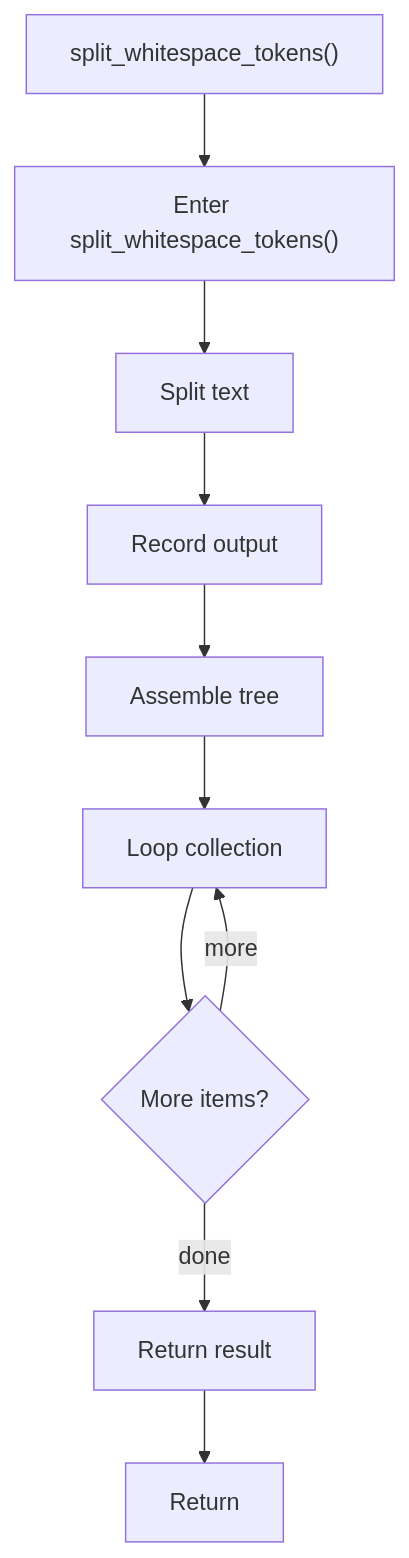
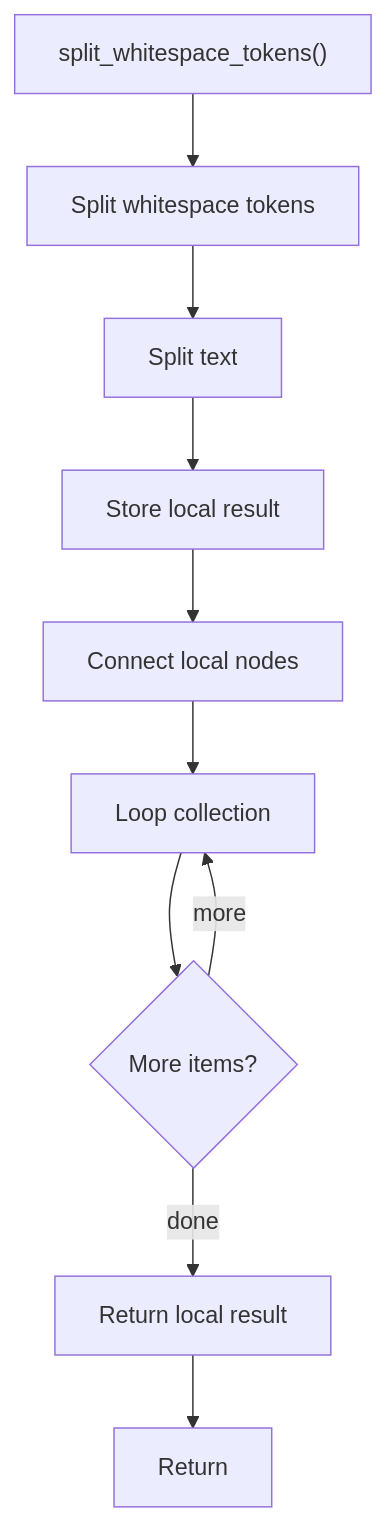
Before and after one commit to JohnAndrewBalbarosa/NeoTerritory: the fourth of 6 diagrams in docs/Codebase/Microservice/Modules/Source/Analysis/Input/cli_arguments.cpp.md, drawn with Mermaid. The commit also changed other lines of this file and 925 other files, not shown here.

````diff
--- a/docs/Codebase/Microservice/Modules/Source/Analysis/Input/cli_arguments.cpp.md
+++ b/docs/Codebase/Microservice/Modules/Source/Analysis/Input/cli_arguments.cpp.md
@@ -125,21 +124,21 @@
 ```mermaid
 flowchart TD
     Start["split_whitespace_tokens()"]
-    N0["Enter split_whitespace_tokens()"]
+    N0["Split whitespace tokens"]
     N1["Split text"]
-    N2["Record output"]
-    N3["Assemble tree"]
+    N2["Store local result"]
+    N3["Connect local nodes"]
     N4["Loop collection"]
     L4{"More items?"}
-    N5["Return result"]
+    N5["Return local result"]
     End["Return"]
     Start --> N0
     N0 --> N1
     N1 --> N2
     N2 --> N3
     N3 --> N4
     N4 --> L4
     L4 -->|more| N4
     L4 -->|done| N5
     N5 --> End
 ```
````
